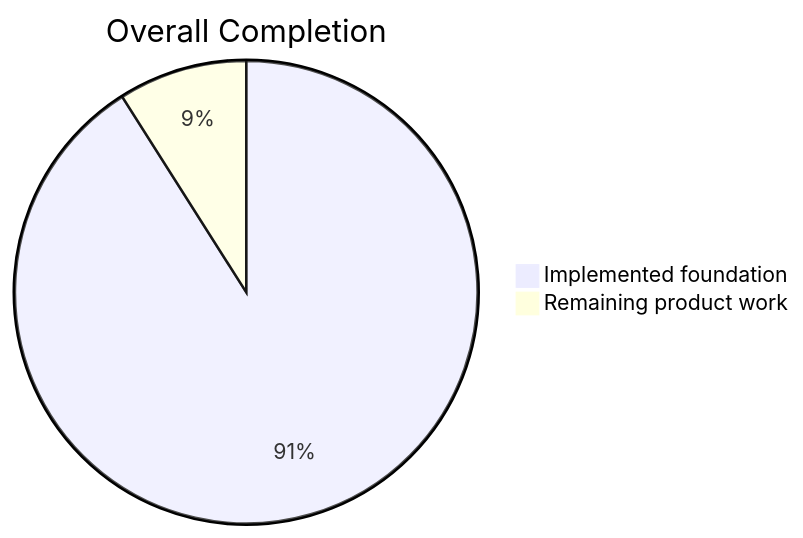
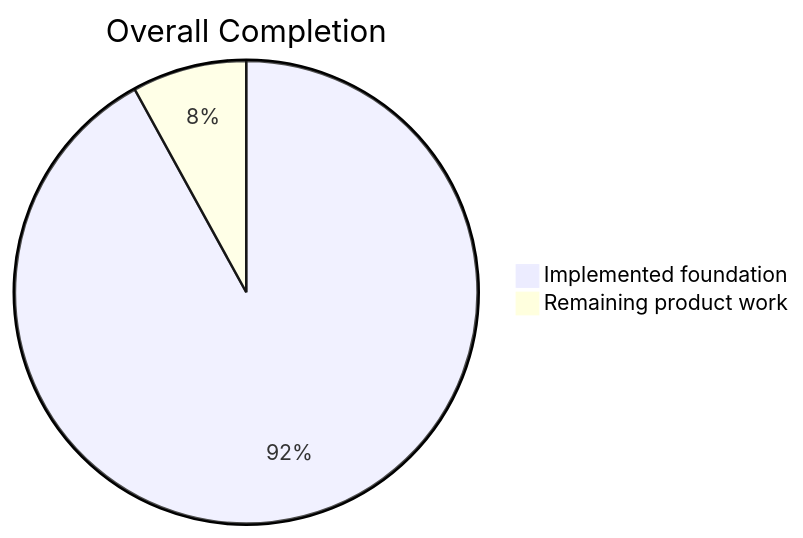
Before and after one commit to lingmulongtai/GlyphRay: the first of 5 diagrams in README.md, drawn with Mermaid. The commit also changed other lines of this file and 10 other files, not shown here.

````diff
--- a/README.md
+++ b/README.md
@@ -15,5 +15,5 @@
 ```mermaid
 pie title Overall Completion
-  "Implemented foundation" : 91
-  "Remaining product work" : 9
+  "Implemented foundation" : 92
+  "Remaining product work" : 8
 ```
````
